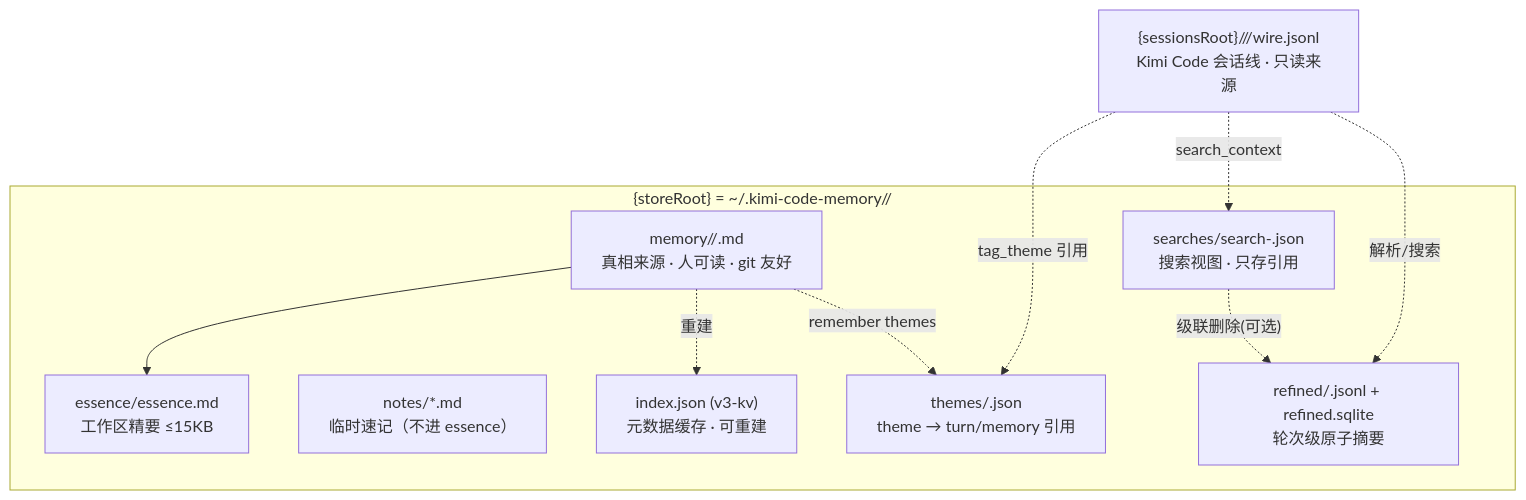
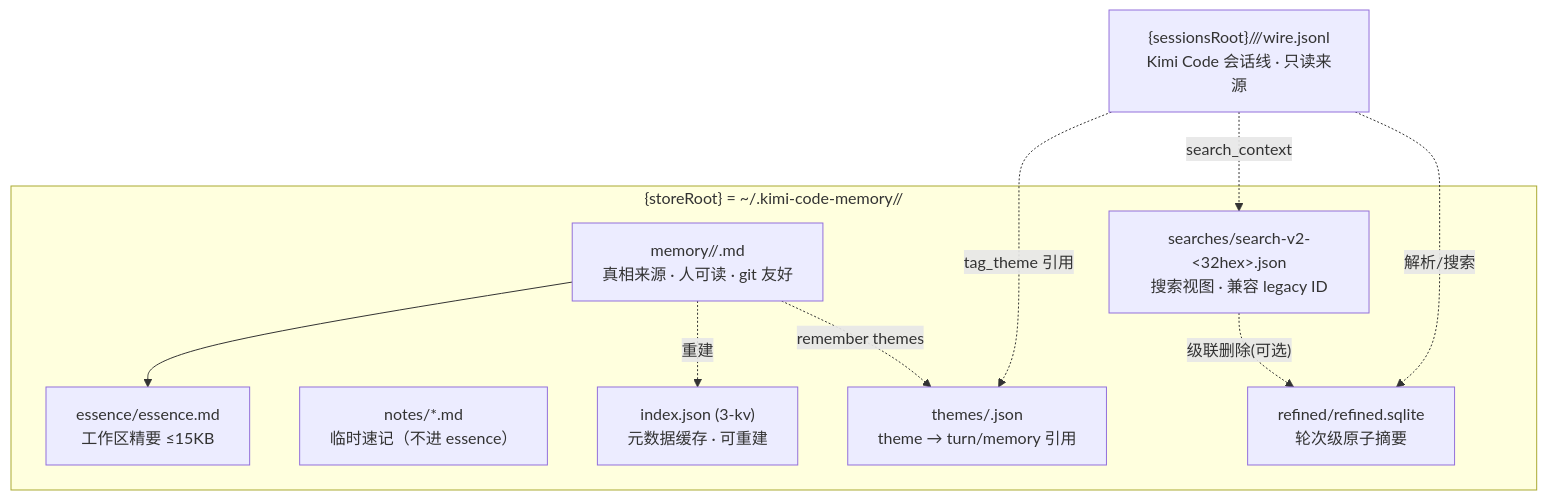
The fourth of 15 diagrams in docs/flow-charts.zh-CN.md (Zehee/kimi-code-memory-mcp-server), drawn with Mermaid before and after one commit. The commit also changed other lines of this file and 110 other files, not shown here.

````diff
--- a/docs/flow-charts.zh-CN.md
+++ b/docs/flow-charts.zh-CN.md
@@ -250,22 +250,22 @@
 ```mermaid
 flowchart TD
   subgraph ROOT["{storeRoot}  =  ~/.kimi-code-memory/<workspaceId>/"]
     MEMD["memory/<folder>/<key>.md<br/>真相来源 · 人可读 · git 友好"]
     ESS["essence/essence.md<br/>工作区精要 ≤15KB"]
     NOTES["notes/*.md<br/>临时速记（不进 essence）"]
-    IDXF["index.json (v3-kv)<br/>元数据缓存 · 可重建"]
+    IDXF["index.json (3-kv)<br/>元数据缓存 · 可重建"]
     THD["themes/<theme>.json<br/>theme → turn/memory 引用"]
-    SVD["searches/search-<md5>.json<br/>搜索视图 · 只存引用"]
-    RFD["refined/<sessionId>.jsonl + refined.sqlite<br/>轮次级原子摘要"]
+    SVD["searches/search-v2-<32hex>.json<br/>搜索视图 · 兼容 legacy ID"]
+    RFD["refined/refined.sqlite<br/>轮次级原子摘要"]
   end
 
   SRC["{sessionsRoot}/<ws>/<session>/wire.jsonl<br/>Kimi Code 会话线 · 只读来源"]
 
   MEMD -.重建.-> IDXF
   SRC -.解析/搜索.-> RFD
   SRC -.tag_theme 引用.-> THD
   MEMD -.remember themes.-> THD
   SRC -.search_context.-> SVD
   SVD -.级联删除(可选).-> RFD
   MEMD --> ESS
 ```
````
